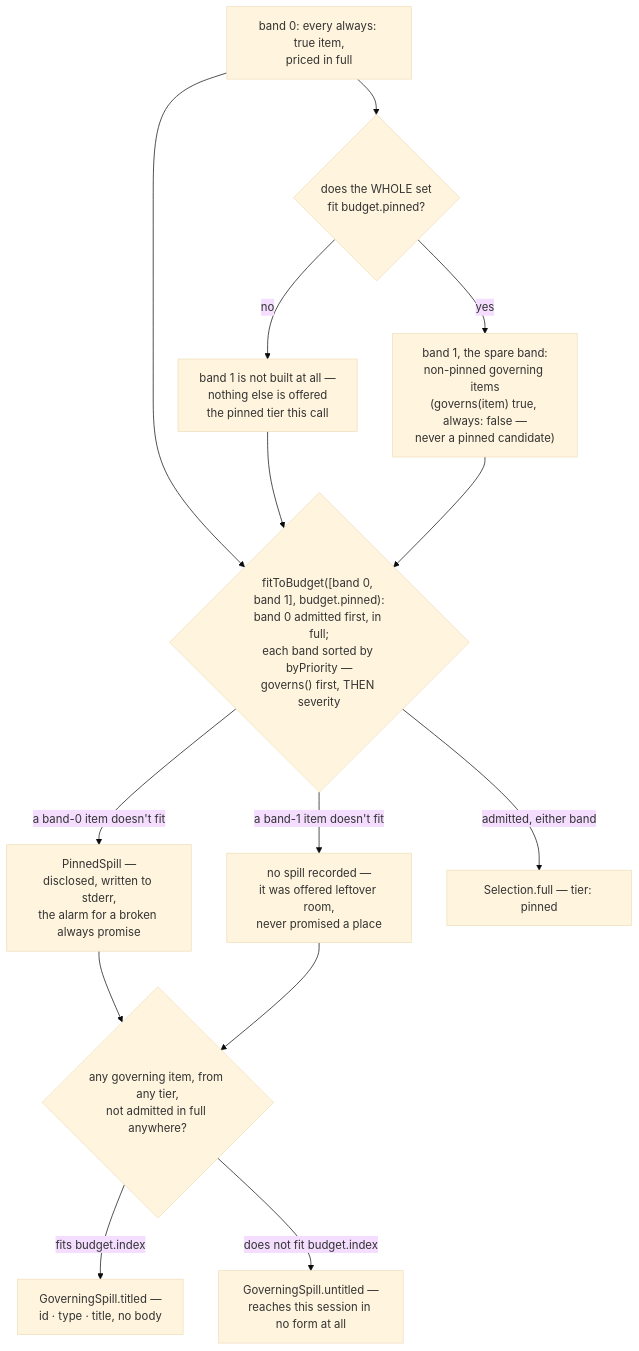
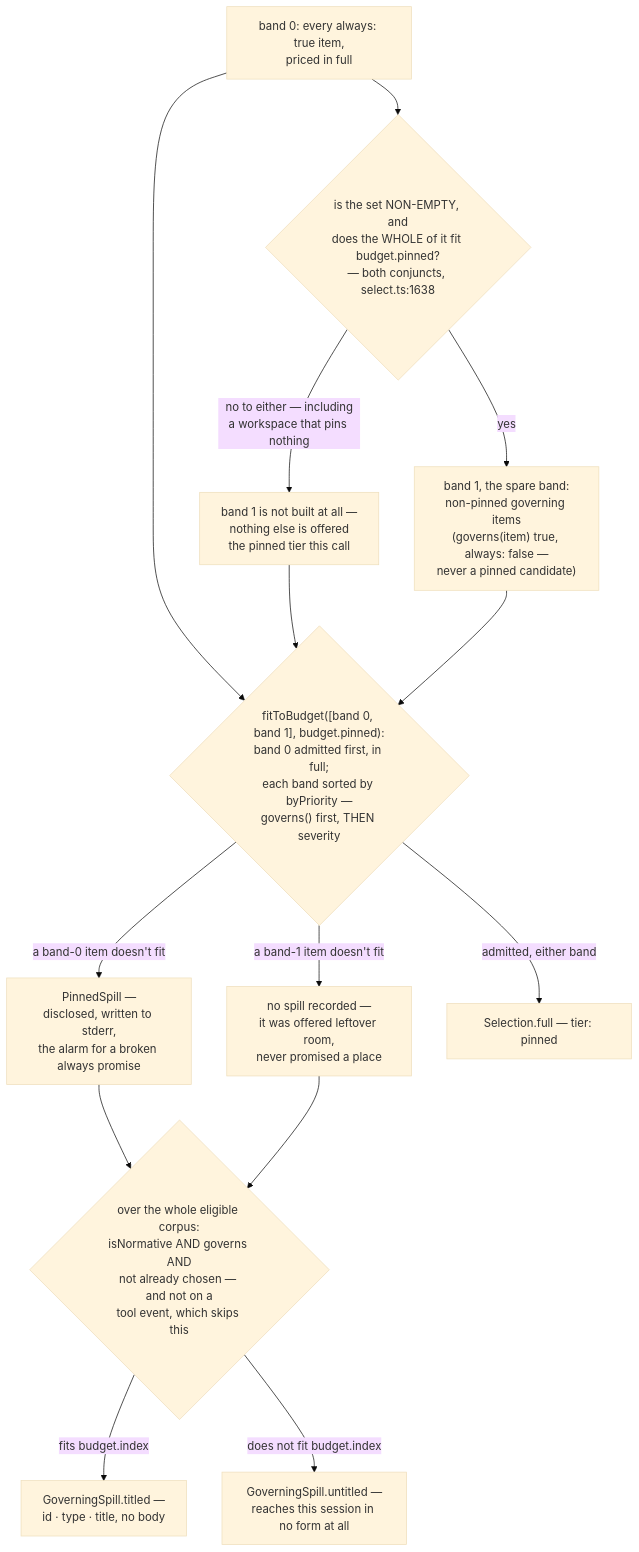
The third of 3 diagrams in docs/capabilities/02-injection.md (Dudi-Bar-On/my-context), drawn with Mermaid (base theme) before and after one commit. The commit also changed other lines of this file and 35 other files, not shown here.

````diff
--- a/docs/capabilities/02-injection.md
+++ b/docs/capabilities/02-injection.md
@@ -366,16 +395,16 @@
 ```mermaid
 flowchart TB
-  ALWAYS["band 0: every always: true item,<br/>priced in full"] --> WHOLE{"does the WHOLE set<br/>fit budget.pinned?"}
-  WHOLE -->|"no"| NOBAND["band 1 is not built at all —<br/>nothing else is offered<br/>the pinned tier this call"]
+  ALWAYS["band 0: every always: true item,<br/>priced in full"] --> WHOLE{"is the set NON-EMPTY, and<br/>does the WHOLE of it fit budget.pinned?<br/>— both conjuncts, select.ts:1638"}
+  WHOLE -->|"no to either — including<br/>a workspace that pins nothing"| NOBAND["band 1 is not built at all —<br/>nothing else is offered<br/>the pinned tier this call"]
   WHOLE -->|"yes"| BAND1["band 1, the spare band:<br/>non-pinned governing items<br/>(governs(item) true, always: false —<br/>never a pinned candidate)"]
   ALWAYS --> FTB{"fitToBudget([band 0, band 1], budget.pinned):<br/>band 0 admitted first, in full;<br/>each band sorted by byPriority —<br/>governs() first, THEN severity"}
   NOBAND --> FTB
   BAND1 --> FTB
   FTB -->|"a band-0 item doesn't fit"| PINSPILL["PinnedSpill —<br/>disclosed, written to stderr,<br/>the alarm for a broken always promise"]
   FTB -->|"a band-1 item doesn't fit"| NOSPILL["no spill recorded —<br/>it was offered leftover room,<br/>never promised a place"]
   FTB -->|"admitted, either band"| FULL["Selection.full — tier: pinned"]
   PINSPILL --> GATHER
-  NOSPILL --> GATHER{"any governing item, from any tier,<br/>not admitted in full anywhere?"}
+  NOSPILL --> GATHER{"over the whole eligible corpus:<br/>isNormative AND governs AND<br/>not already chosen — and not on a<br/>tool event, which skips this"}
   GATHER -->|"fits budget.index"| TITLED["GoverningSpill.titled —<br/>id · type · title, no body"]
   GATHER -->|"does not fit budget.index"| UNTITLED["GoverningSpill.untitled —<br/>reaches this session in no form at all"]
 ```
````
